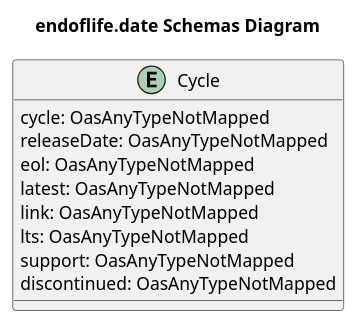
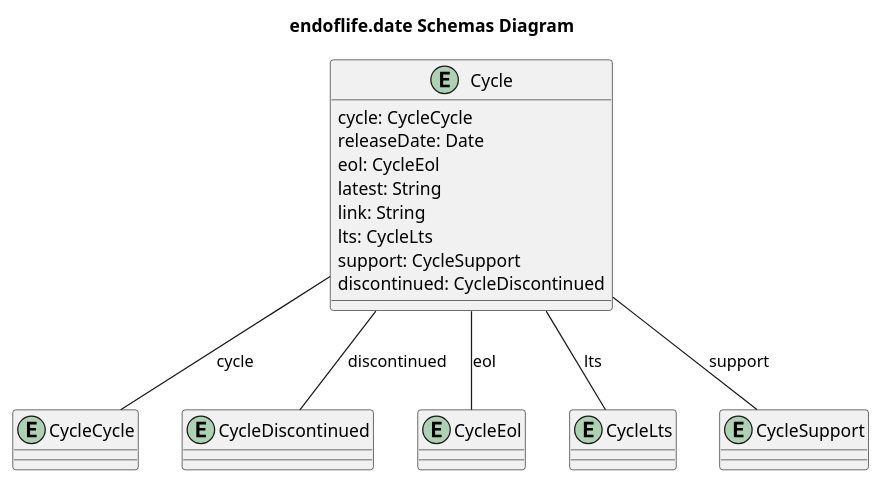
One commit to oapicf/endoflife.date-api-clients changed the diagram in clients/plantuml/generated/schemas.plantuml. Above: the diagram before and after it, drawn with PlantUML. The commit also changed 920 other files, not shown here.

```diff
--- a/clients/plantuml/generated/schemas.plantuml
+++ b/clients/plantuml/generated/schemas.plantuml
@@ -1,18 +1,38 @@
 @startuml
 
 title endoflife.date Schemas Diagram
 
 entity Cycle {
-    cycle: OasAnyTypeNotMapped
-    releaseDate: OasAnyTypeNotMapped
-    eol: OasAnyTypeNotMapped
-    latest: OasAnyTypeNotMapped
-    link: OasAnyTypeNotMapped
-    lts: OasAnyTypeNotMapped
-    support: OasAnyTypeNotMapped
-    discontinued: OasAnyTypeNotMapped
+    cycle: CycleCycle
+    releaseDate: Date
+    eol: CycleEol
+    latest: String
+    link: String
+    lts: CycleLts
+    support: CycleSupport
+    discontinued: CycleDiscontinued
+}
+
+entity CycleCycle {
+}
+
+entity CycleDiscontinued {
+}
+
+entity CycleEol {
+}
+
+entity CycleLts {
+}
+
+entity CycleSupport {
 }
 
 
+Cycle -- CycleCycle : cycle
+Cycle -- CycleEol : eol
+Cycle -- CycleLts : lts
+Cycle -- CycleSupport : support
+Cycle -- CycleDiscontinued : discontinued
 
 @enduml
```
